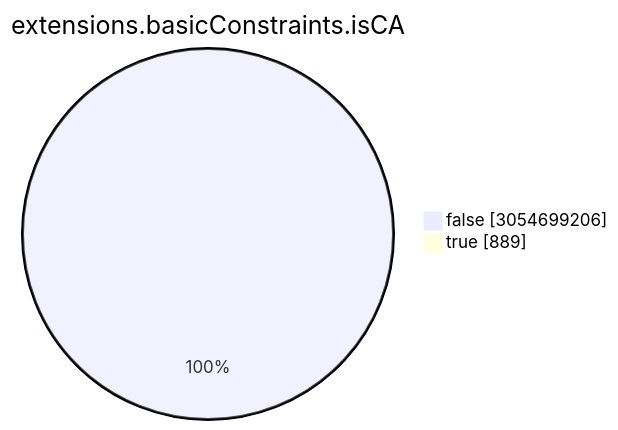
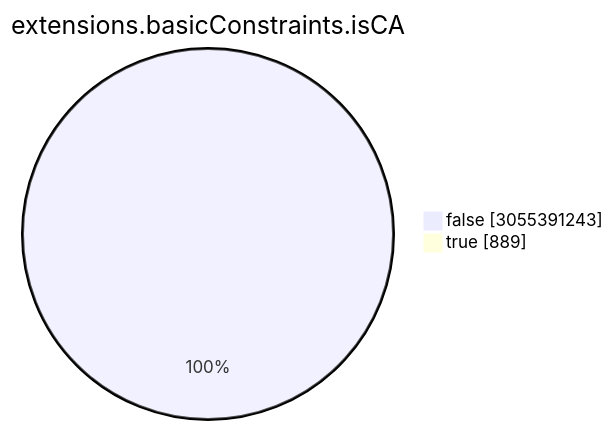
Before and after one commit to christiankrug/ctmonitor_visualization: the seventh of 15 diagrams in TOTAL/README.md, drawn with Mermaid. The commit also changed other lines of this file, not shown here.

````diff
--- a/TOTAL/README.md
+++ b/TOTAL/README.md
@@ -3088,6 +3088,6 @@
 ```mermaid
 pie showData
 title extensions.basicConstraints.isCA
-"false" :3054699206
+"false" :3055391243
 "true" :889
 ```
````
